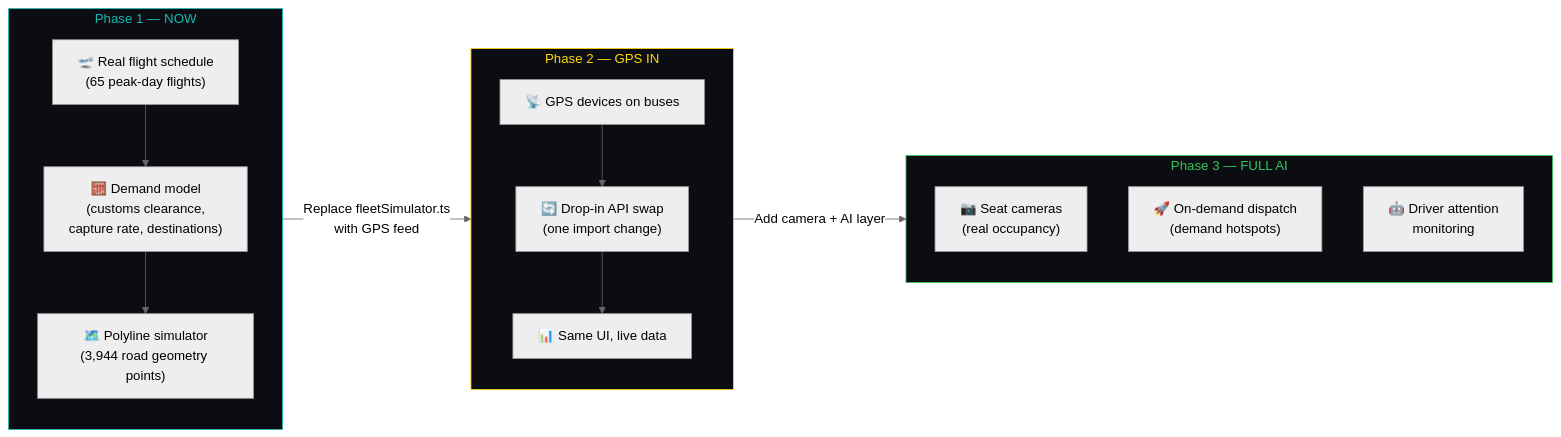
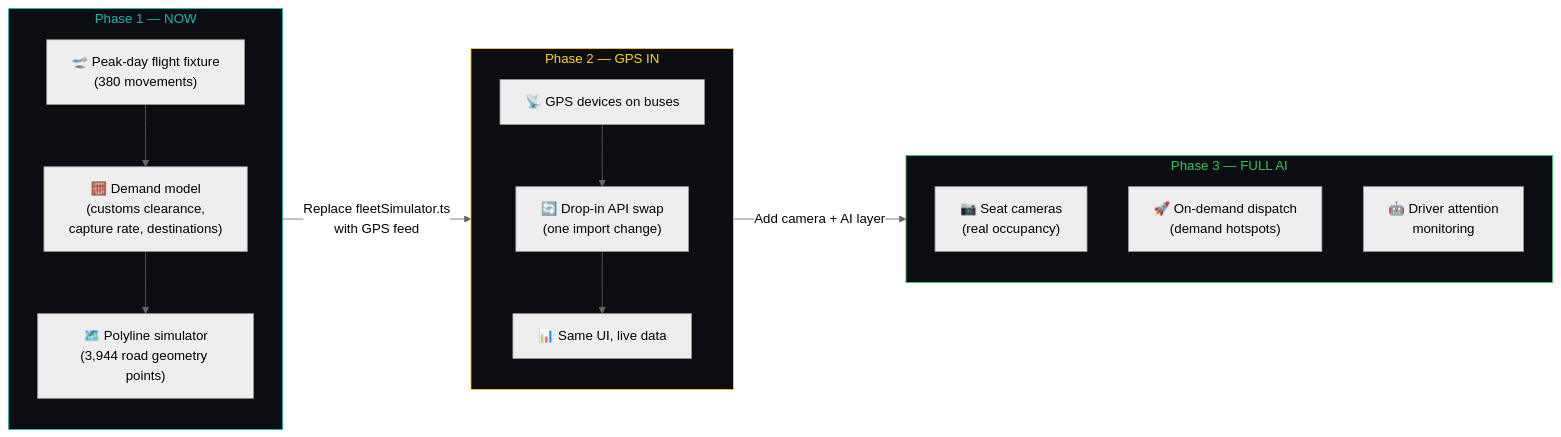
Before and after one commit to Nonarkara/phuket-smart-bus: the first of 5 diagrams in README.md, drawn with Mermaid (neutral theme). The commit also changed other lines of this file and 13 other files, not shown here.

````diff
--- a/README.md
+++ b/README.md
@@ -44,33 +44,33 @@
 ```mermaid
 flowchart LR
     subgraph P1["Phase 1 — NOW"]
         direction TB
-        S1["🛫 Real flight schedule\n(65 peak-day flights)"]
+        S1["🛫 Peak-day flight fixture\n(380 movements)"]
         S2["🧮 Demand model\n(customs clearance,\ncapture rate, destinations)"]
         S3["🗺️ Polyline simulator\n(3,944 road geometry points)"]
         S1 --> S2 --> S3
     end
 
     subgraph P2["Phase 2 — GPS IN"]
         direction TB
         G1["📡 GPS devices on buses"]
         G2["🔄 Drop-in API swap\n(one import change)"]
         G3["📊 Same UI, live data"]
         G1 --> G2 --> G3
     end
 
     subgraph P3["Phase 3 — FULL AI"]
         direction TB
         A1["📷 Seat cameras\n(real occupancy)"]
         A2["🚀 On-demand dispatch\n(demand hotspots)"]
         A3["🤖 Driver attention\nmonitoring"]
         A1 & A2 & A3
     end
 
     P1 -->|"Replace fleetSimulator.ts\nwith GPS feed"| P2
     P2 -->|"Add camera + AI layer"| P3
 
     style P1 fill:#0b0d12,color:#16b8b0,stroke:#16b8b0
     style P2 fill:#0b0d12,color:#ffd60a,stroke:#ffd60a
     style P3 fill:#0b0d12,color:#34c759,stroke:#34c759
 ```
````
